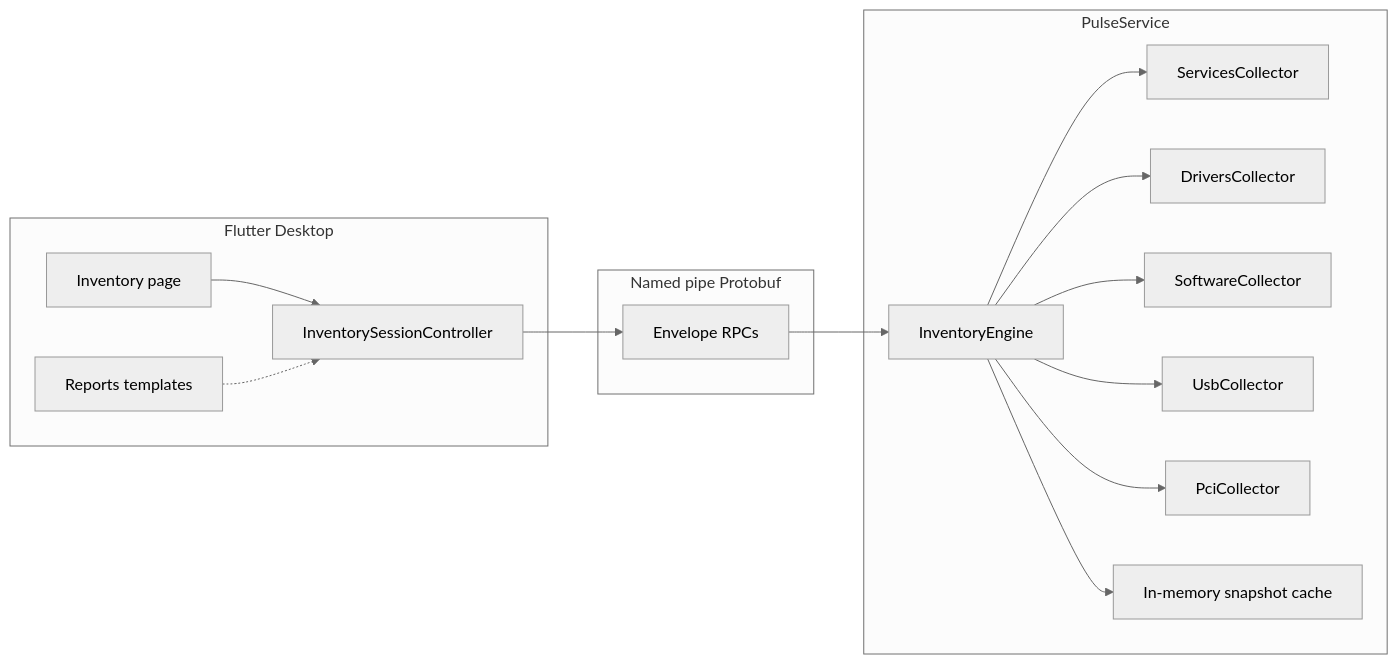
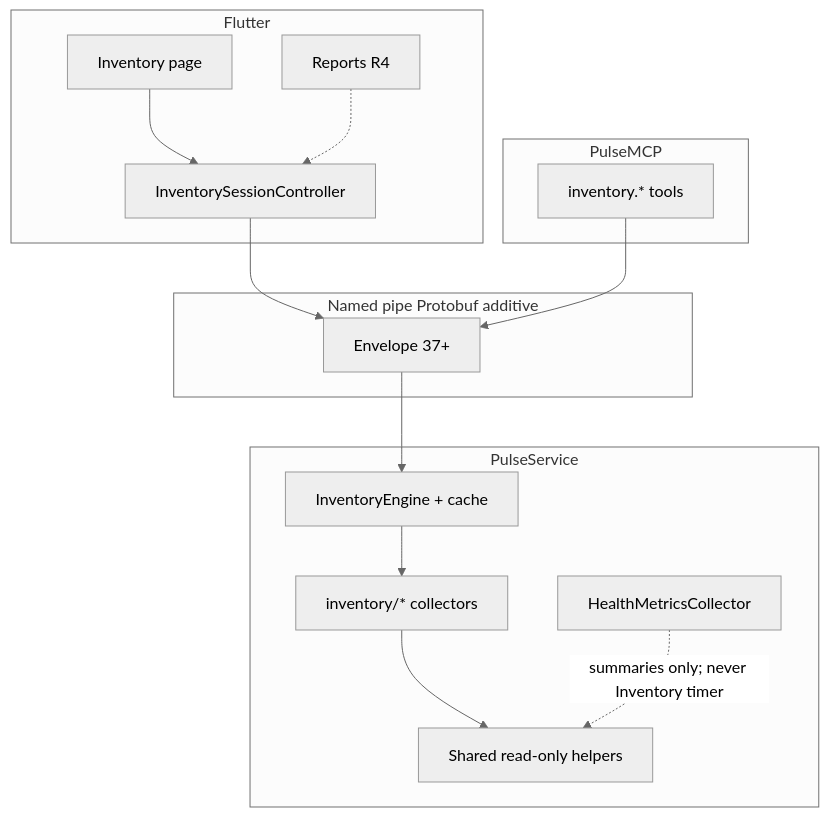
Before and after one commit to Regncreative/Pulse: the diagram in docs/architecture/39-inventory-engine-r3.md, drawn with Mermaid (neutral theme). The commit also changed other lines of this file and 4 other files, not shown here.

First line of the commit message:
docs(r3): propose ADR-011 Inventory Engine architecture

````diff
--- a/docs/architecture/39-inventory-engine-r3.md
+++ b/docs/architecture/39-inventory-engine-r3.md
@@ -33,25 +68,27 @@
 ```mermaid
-flowchart LR
-  subgraph UI [Flutter Desktop]
+flowchart TB
+  subgraph UI [Flutter]
     InvPage[Inventory page]
     InvCtrl[InventorySessionController]
-    Reports[Reports templates]
+    Reports[Reports R4]
   end
-  subgraph IPC [Named pipe Protobuf]
-    Env[Envelope RPCs]
+  subgraph MCP [PulseMCP]
+    Tools[inventory.* tools]
+  end
+  subgraph IPC [Named pipe Protobuf additive]
+    Env[Envelope 37+]
   end
   subgraph Svc [PulseService]
-    InvEng[InventoryEngine]
-    SvcCol[ServicesCollector]
-    DrvCol[DriversCollector]
-    SoftCol[SoftwareCollector]
-    UsbCol[UsbCollector]
-    PciCol[PciCollector]
-    Cache[In-memory snapshot cache]
+    InvEng[InventoryEngine + cache]
+    Helpers[Shared read-only helpers]
+    Health[HealthMetricsCollector]
+    Cols[inventory/* collectors]
   end
   InvPage --> InvCtrl --> Env
+  Tools --> Env
   Env --> InvEng
-  InvEng --> SvcCol & DrvCol & SoftCol & UsbCol & PciCol
-  InvEng --> Cache
+  InvEng --> Cols
+  Cols --> Helpers
+  Health -.->|summaries only; never Inventory timer| Helpers
   Reports -.-> InvCtrl
 ```
````
